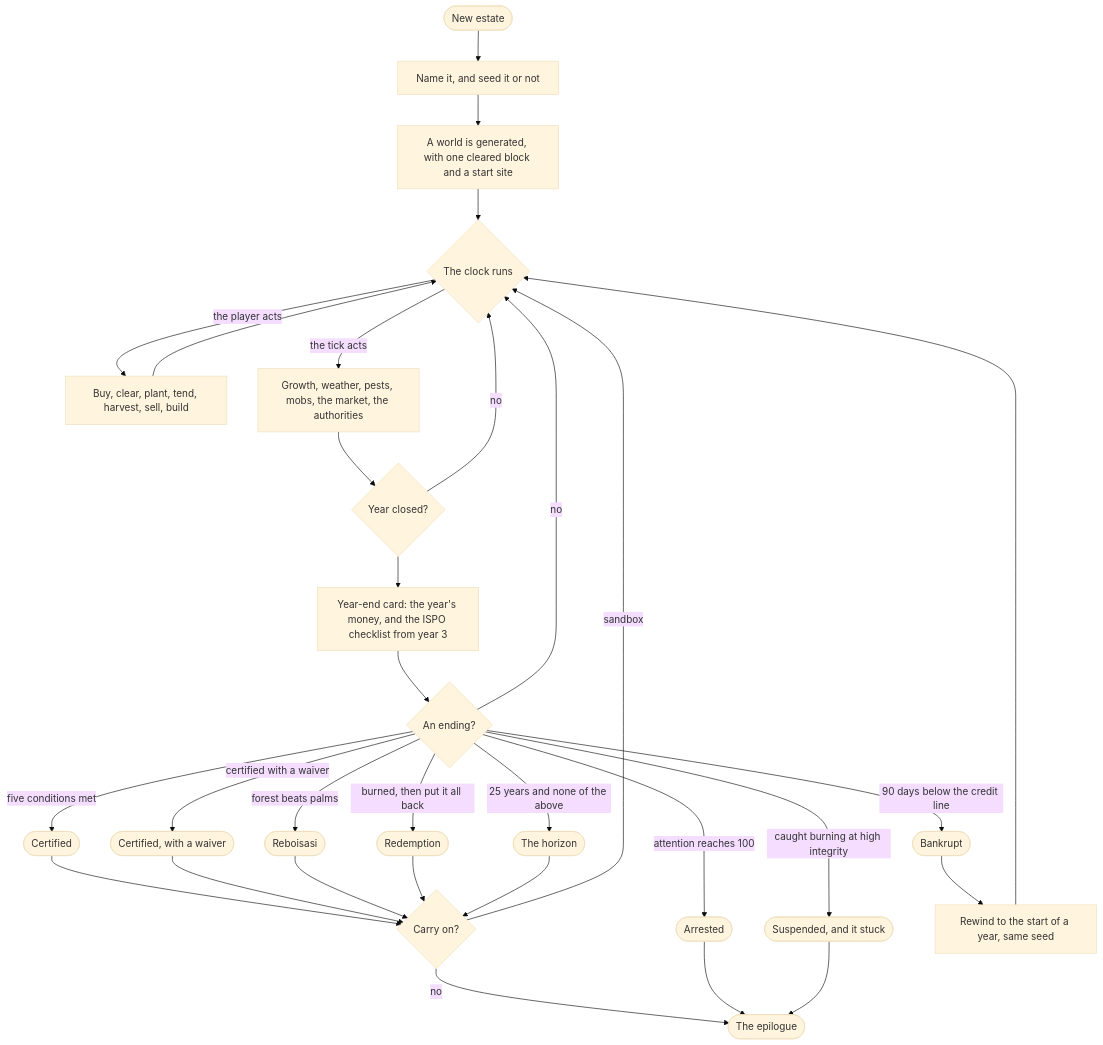
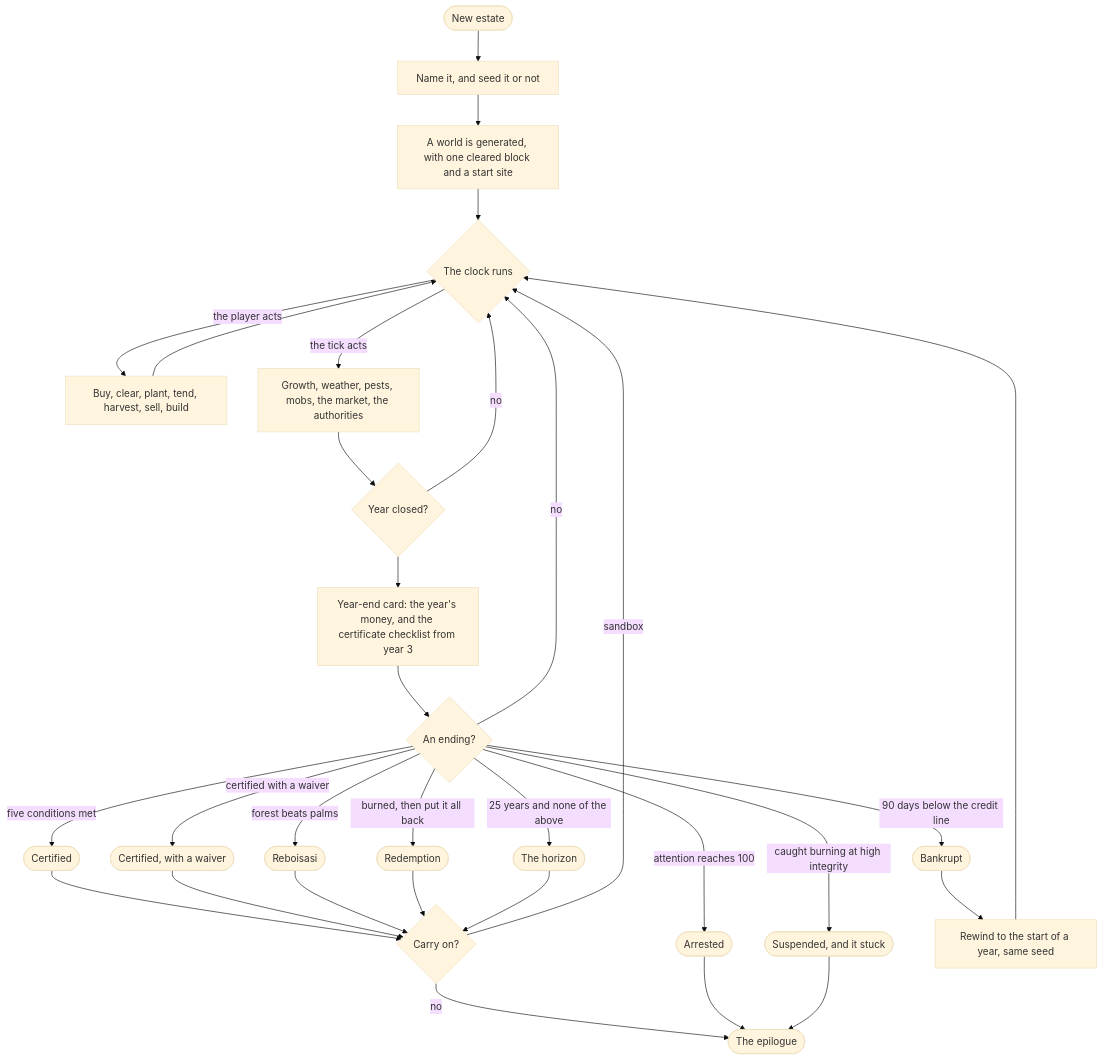
One commit to luissebastian953/accursed-forest changed the second of 8 diagrams in docs/gdd/01-use-cases.md. Above: the diagram before and after it, drawn with Mermaid (base theme). The commit also changed other lines of this file and 47 other files, not shown here.

````diff
--- a/docs/gdd/01-use-cases.md
+++ b/docs/gdd/01-use-cases.md
@@ -115,33 +115,33 @@
 ```mermaid
 flowchart TD
   start([New estate]) --> seed[Name it, and seed it or not]
   seed --> world[A world is generated, with one cleared block and a start site]
   world --> day{The clock runs}
   day -->|the player acts| act[Buy, clear, plant, tend, harvest, sell, build]
   day -->|the tick acts| tick[Growth, weather, pests, mobs, the market, the authorities]
   act --> day
   tick --> year{Year closed?}
   year -->|no| day
-  year --> card[Year-end card: the year's money, and the ISPO checklist from year 3]
+  year --> card[Year-end card: the year's money, and the certificate checklist from year 3]
   card --> ends{An ending?}
   ends -->|no| day
   ends -->|five conditions met| clean([Certified])
   ends -->|certified with a waiver| dirty([Certified, with a waiver])
   ends -->|forest beats palms| reboisasi([Reboisasi])
   ends -->|burned, then put it all back| redemption([Redemption])
   ends -->|90 days below the credit line| bankrupt([Bankrupt])
   ends -->|attention reaches 100| arrested([Arrested])
   ends -->|caught burning at high integrity| banned([Suspended, and it stuck])
   ends -->|25 years and none of the above| fade([The horizon])
   clean --> after{Carry on?}
   dirty --> after
   reboisasi --> after
   redemption --> after
   fade --> after
   after -->|sandbox| day
   after -->|no| done([The epilogue])
   bankrupt --> rewind[Rewind to the start of a year, same seed]
   rewind --> day
   arrested --> done
   banned --> done
 ```
````
